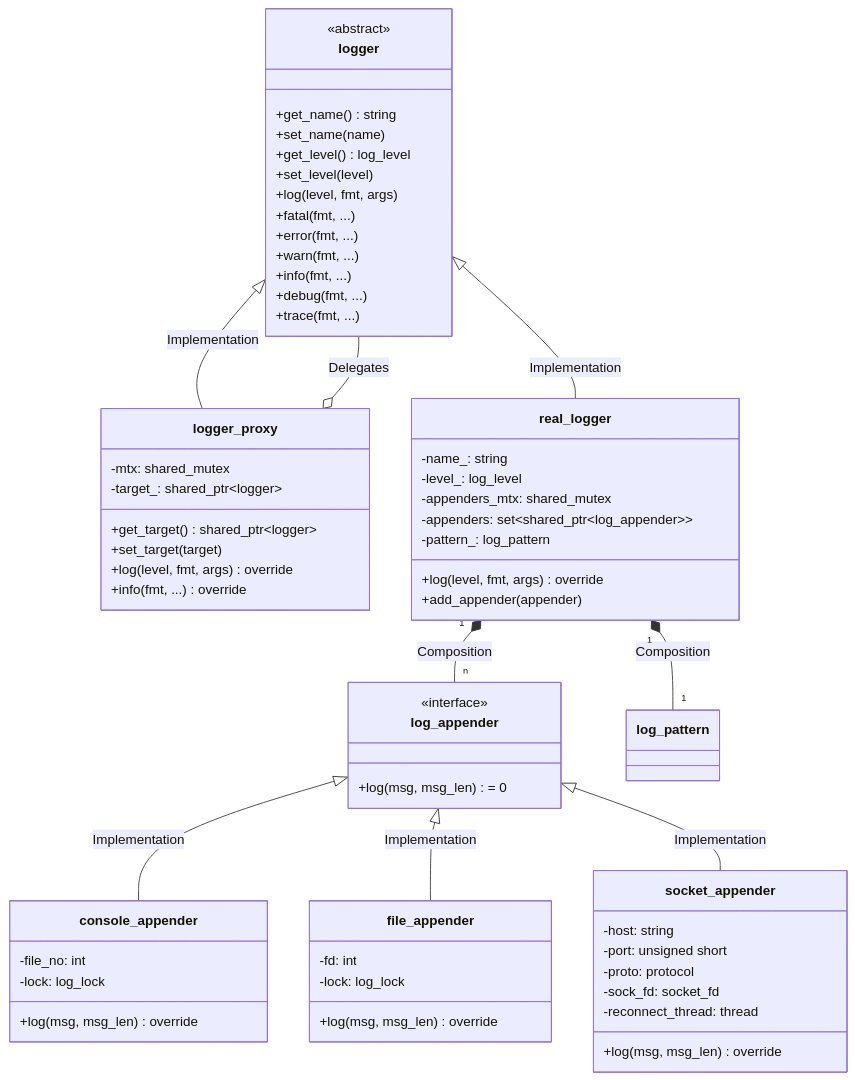
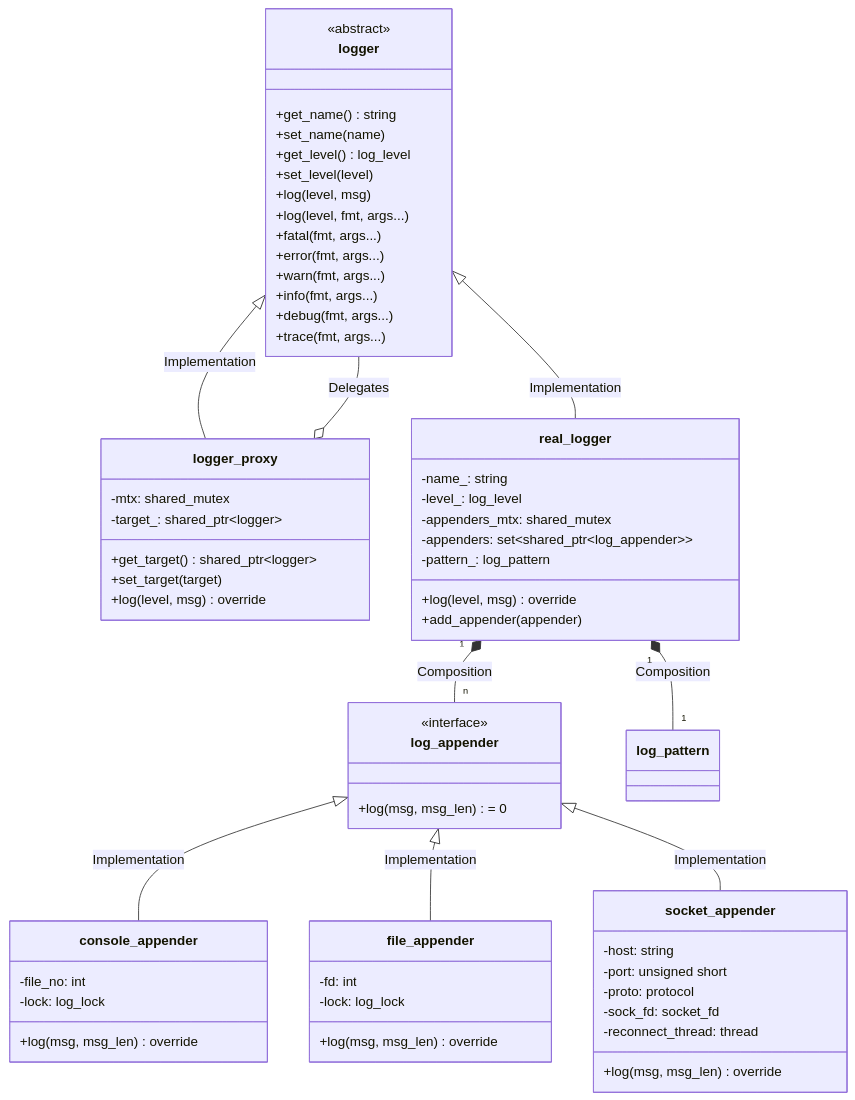
Before and after one commit to lwhttpdorg/log4cpp: the second of 10 diagrams in docs/DESIGN.md, drawn with Mermaid. The commit also changed other lines of this file and 20 other files, not shown here.

````diff
--- a/docs/DESIGN.md
+++ b/docs/DESIGN.md
@@ -101,72 +102,72 @@
 ```mermaid
 classDiagram
     class logger {
         <<abstract>>
         +get_name() string
         +set_name(name)
         +get_level() log_level
         +set_level(level)
-        +log(level, fmt, args)
-        +fatal(fmt, ...)
-        +error(fmt, ...)
-        +warn(fmt, ...)
-        +info(fmt, ...)
-        +debug(fmt, ...)
-        +trace(fmt, ...)
+        +log(level, msg)
+        +log(level, fmt, args...)
+        +fatal(fmt, args...)
+        +error(fmt, args...)
+        +warn(fmt, args...)
+        +info(fmt, args...)
+        +debug(fmt, args...)
+        +trace(fmt, args...)
     }
 
     class logger_proxy {
         -mtx: shared_mutex
         -target_: shared_ptr~logger~
         +get_target() shared_ptr~logger~
         +set_target(target)
-        +log(level, fmt, args) override
-        +info(fmt, ...) override
+        +log(level, msg) override
     }
 
     class real_logger {
         -name_: string
         -level_: log_level
         -appenders_mtx: shared_mutex
         -appenders: set~shared_ptr~log_appender~~
         -pattern_: log_pattern
-        +log(level, fmt, args) override
+        +log(level, msg) override
         +add_appender(appender)
     }
 
     class log_appender {
         <<interface>>
         +log(msg, msg_len) = 0
     }
 
     class console_appender {
         -file_no: int
         -lock: log_lock
         +log(msg, msg_len) override
     }
 
     class file_appender {
         -fd: int
         -lock: log_lock
         +log(msg, msg_len) override
     }
 
     class socket_appender {
         -host: string
         -port: unsigned short
         -proto: protocol
         -sock_fd: socket_fd
         -reconnect_thread: thread
         +log(msg, msg_len) override
     }
 
     logger <|-- logger_proxy : Implementation
     logger <|-- real_logger : Implementation
     logger_proxy o-- logger : Delegates
     log_appender <|-- console_appender : Implementation
     log_appender <|-- file_appender : Implementation
     log_appender <|-- socket_appender : Implementation
 
     real_logger "1" *-- "n" log_appender : Composition
     real_logger "1" *-- "1" log_pattern : Composition
 ```
````
